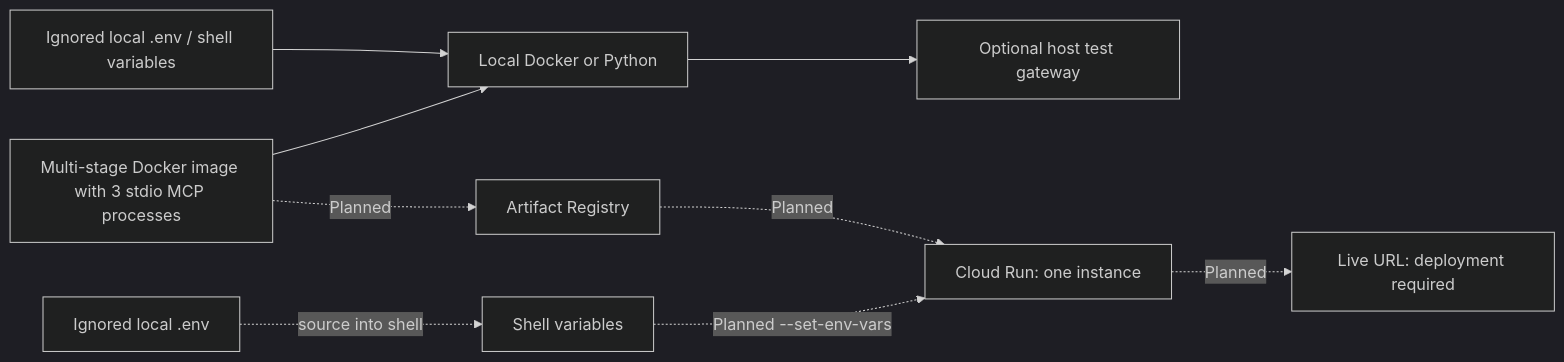
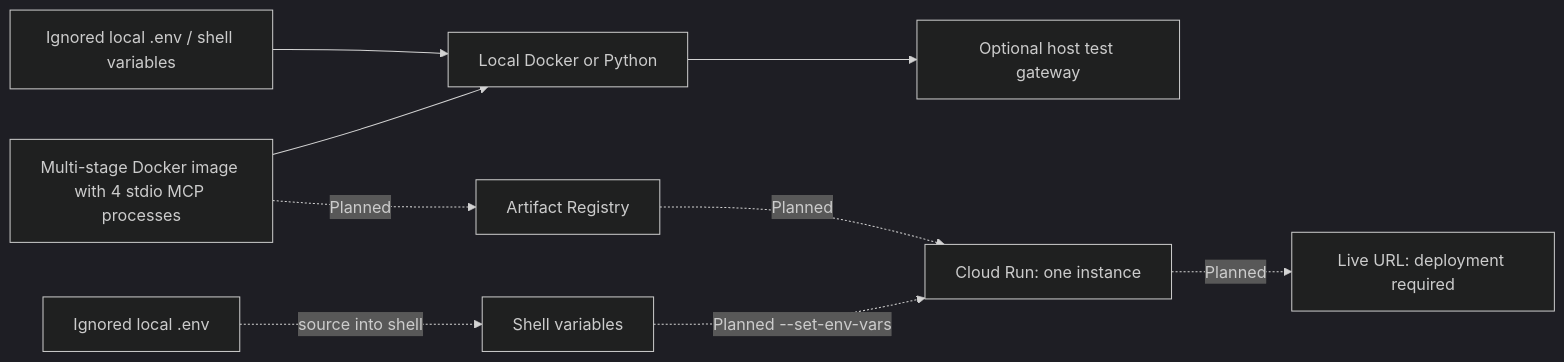
The third of 3 diagrams in README.md (waderylan/prediction-market-agent), drawn with Mermaid (dark theme) before and after one commit. The commit also changed other lines of this file and 16 other files, not shown here.

````diff
--- a/README.md
+++ b/README.md
@@ -281,11 +300,11 @@
 ```mermaid
 flowchart LR
     ENV[Ignored local .env / shell variables] --> LOCAL[Local Docker or Python]
-    IMG[Multi-stage Docker image with 3 stdio MCP processes] --> LOCAL
+    IMG[Multi-stage Docker image with 4 stdio MCP processes] --> LOCAL
     LOCAL --> DEV[Optional host test gateway]
     IMG -. Planned .-> AR[Artifact Registry]
     AR -. Planned .-> CR[Cloud Run: one instance]
     DOTENV[Ignored local .env] -. source into shell .-> SEC[Shell variables]
     SEC -. Planned --set-env-vars .-> CR
     CR -. Planned .-> URL[Live URL: deployment required]
 ```
````
